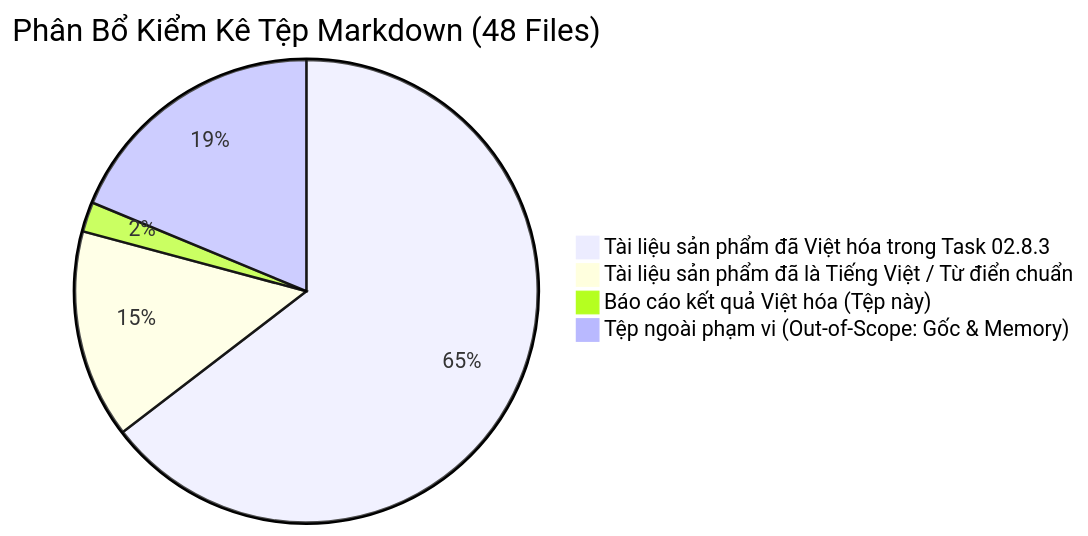
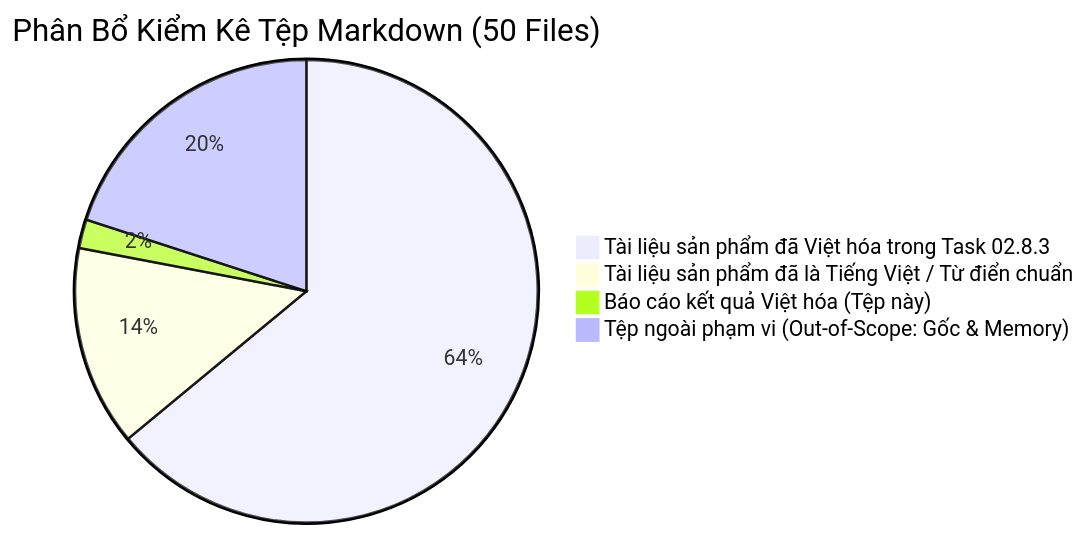
Before and after one commit to dieudoanhut2002/SmartRestaurant: the diagram in docs/product/TASK-02.8.3-VIETNAMESE-LOCALIZATION-REPORT.md, drawn with Mermaid. The commit also changed other lines of this file and 32 other files, not shown here.

Commit message:
Xong Stage 1: Phân tích sản phẩm

````diff
--- a/docs/product/TASK-02.8.3-VIETNAMESE-LOCALIZATION-REPORT.md
+++ b/docs/product/TASK-02.8.3-VIETNAMESE-LOCALIZATION-REPORT.md
@@ -16,7 +16,7 @@
 ```mermaid
-pie title Phân Bổ Kiểm Kê Tệp Markdown (48 Files)
-    "Tài liệu sản phẩm đã Việt hóa trong Task 02.8.3" : 31
+pie title Phân Bổ Kiểm Kê Tệp Markdown (50 Files)
+    "Tài liệu sản phẩm đã Việt hóa trong Task 02.8.3" : 32
     "Tài liệu sản phẩm đã là Tiếng Việt / Từ điển chuẩn" : 7
     "Báo cáo kết quả Việt hóa (Tệp này)" : 1
-    "Tệp ngoài phạm vi (Out-of-Scope: Gốc & Memory)" : 9
+    "Tệp ngoài phạm vi (Out-of-Scope: Gốc & Memory)" : 10
 ```
````
